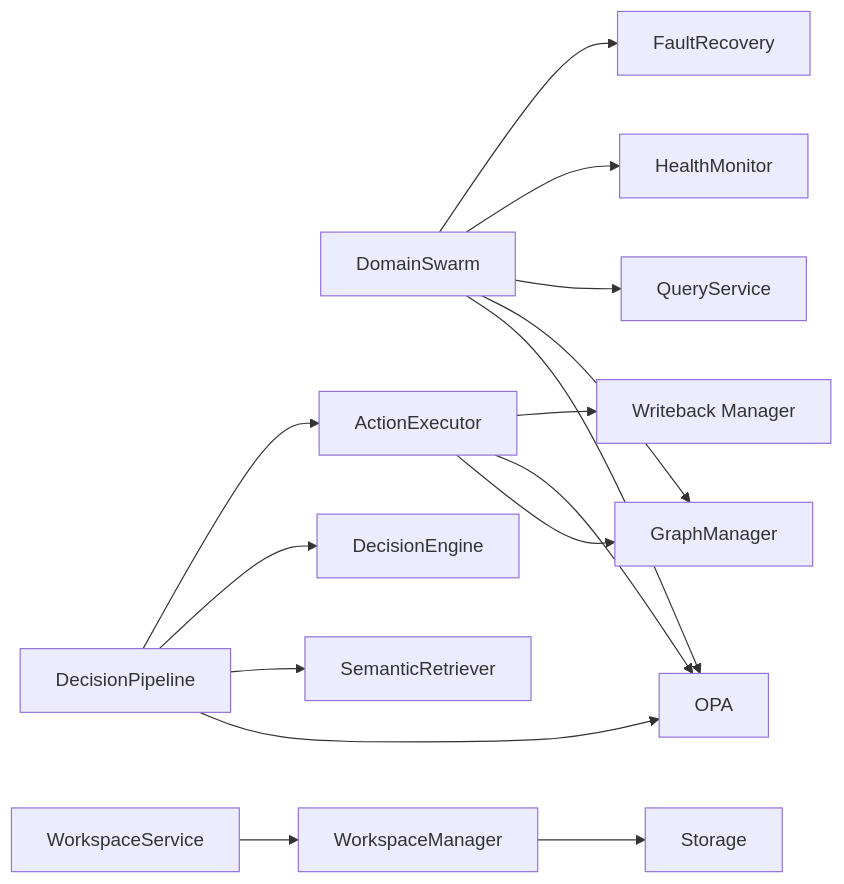
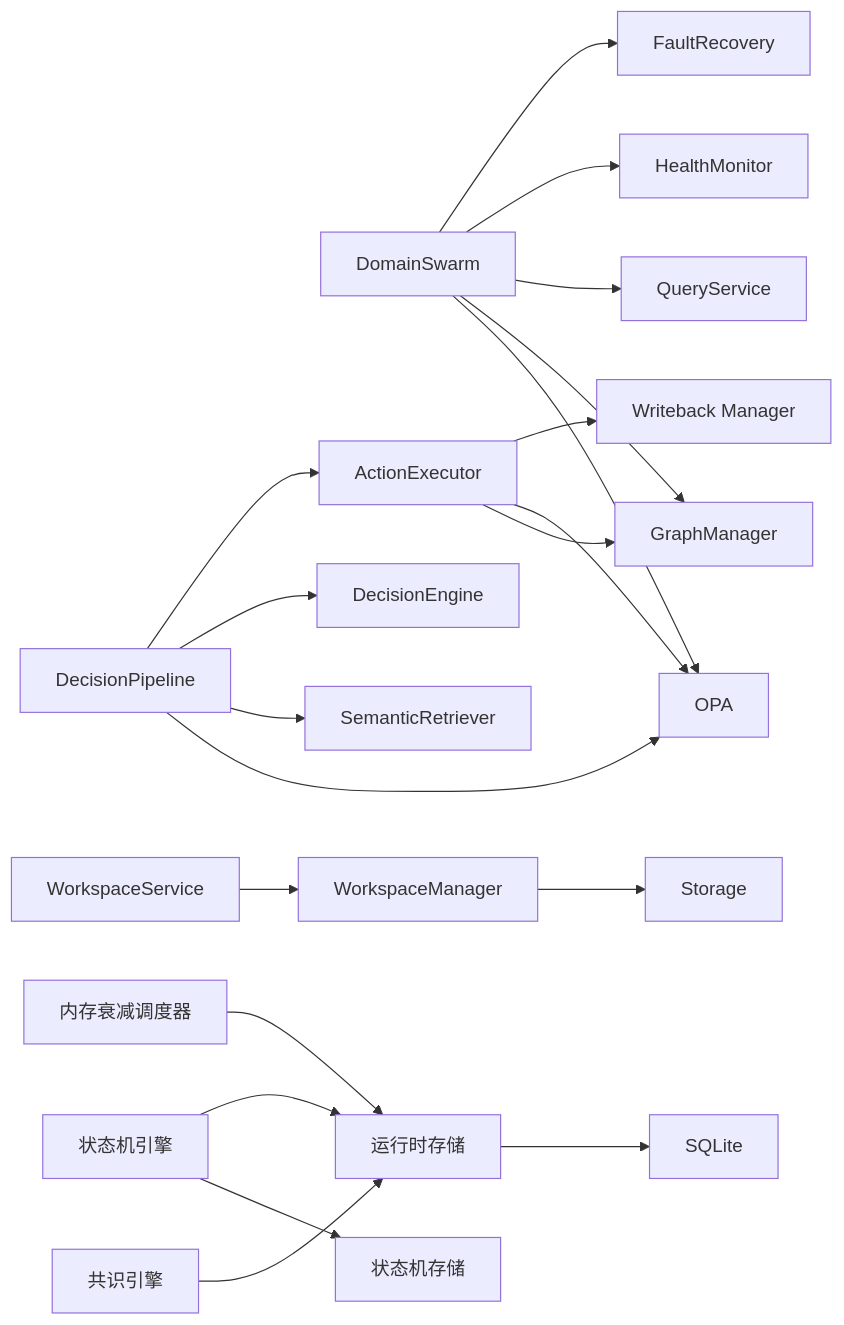
Diagram 11 of 11 in .qoder/repowiki/zh/content/架构设计/分层架构设计/L3-L4 业务层/L3-L4 业务层.md (inier/ontology-graphiti), drawn with Mermaid before and after one commit. The commit also changed other lines of this file and 85 other files, not shown here.

````diff
--- a/.qoder/repowiki/zh/content/架构设计/分层架构设计/L3-L4 业务层/L3-L4 业务层.md
+++ b/.qoder/repowiki/zh/content/架构设计/分层架构设计/L3-L4 业务层/L3-L4 业务层.md
@@ -364,17 +583,22 @@
 ```mermaid
 graph LR
 DS["DomainSwarm"] --> OPA["OPA"]
 DS --> GM["GraphManager"]
 DS --> QS["QueryService"]
 DS --> HM["HealthMonitor"]
 DS --> FR["FaultRecovery"]
 DP["DecisionPipeline"] --> OPA
 DP --> SR["SemanticRetriever"]
 DP --> DE["DecisionEngine"]
 DP --> AE["ActionExecutor"]
 AE --> GM
 AE --> OPA
 AE --> WB["Writeback Manager"]
 WS["WorkspaceService"] --> IM["WorkspaceManager"]
 IM --> ST["Storage"]
+SM["状态机引擎"] --> SMT["状态机存储"]
+SM --> RT["运行时存储"]
+CS["共识引擎"] --> RT
+MS["内存衰减调度器"] --> RT
+RT --> SQ["SQLite"]
 ```
````
